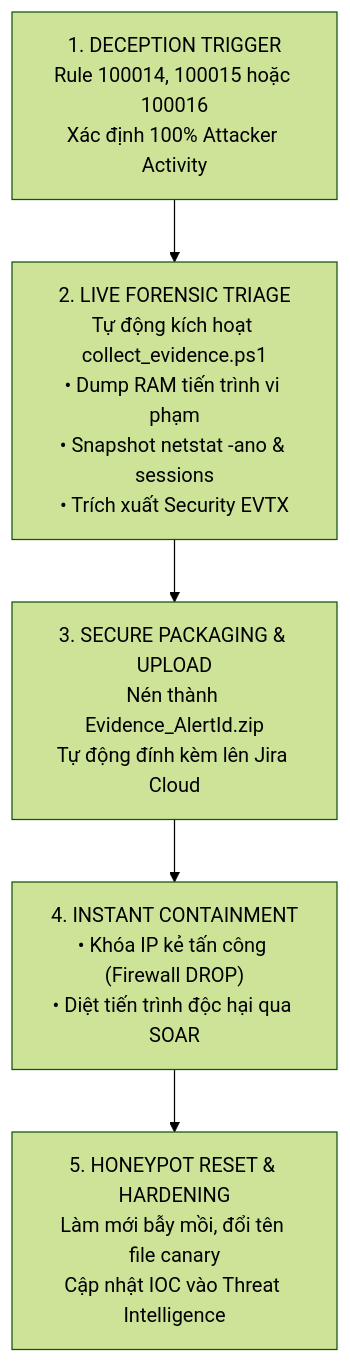
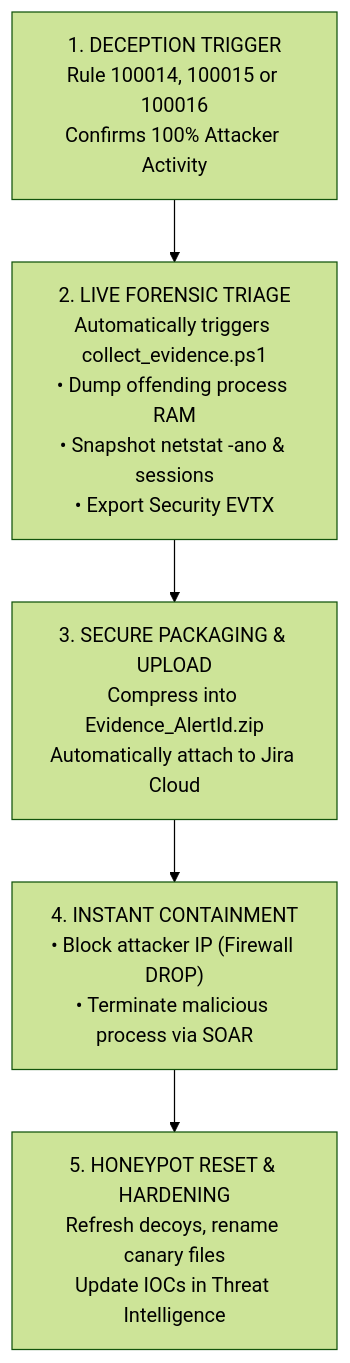
Before and after one commit to tofan0810/Wazuh-SOC-lab: the diagram in playbooks/SOP-06_Deception_Honeypot_and_Forensics.md, drawn with Mermaid (forest theme). The commit also changed other lines of this file and 55 other files, not shown here.

````diff
--- a/playbooks/SOP-06_Deception_Honeypot_and_Forensics.md
+++ b/playbooks/SOP-06_Deception_Honeypot_and_Forensics.md
@@ -34,7 +34,7 @@
 ```mermaid
 flowchart TD
-    D1["1. DECEPTION TRIGGER<br/>Rule 100014, 100015 hoặc 100016<br/>Xác định 100% Attacker Activity"] --> D2["2. LIVE FORENSIC TRIAGE<br/>Tự động kích hoạt collect_evidence.ps1<br/>• Dump RAM tiến trình vi phạm<br/>• Snapshot netstat -ano & sessions<br/>• Trích xuất Security EVTX"]
-    D2 --> D3["3. SECURE PACKAGING & UPLOAD<br/>Nén thành Evidence_AlertId.zip<br/>Tự động đính kèm lên Jira Cloud"]
-    D3 --> D4["4. INSTANT CONTAINMENT<br/>• Khóa IP kẻ tấn công (Firewall DROP)<br/>• Diệt tiến trình độc hại qua SOAR"]
-    D4 --> D5["5. HONEYPOT RESET & HARDENING<br/>Làm mới bẫy mồi, đổi tên file canary<br/>Cập nhật IOC vào Threat Intelligence"]
+    D1["1. DECEPTION TRIGGER<br/>Rule 100014, 100015 or 100016<br/>Confirms 100% Attacker Activity"] --> D2["2. LIVE FORENSIC TRIAGE<br/>Automatically triggers collect_evidence.ps1<br/>• Dump offending process RAM<br/>• Snapshot netstat -ano & sessions<br/>• Export Security EVTX"]
+    D2 --> D3["3. SECURE PACKAGING & UPLOAD<br/>Compress into Evidence_AlertId.zip<br/>Automatically attach to Jira Cloud"]
+    D3 --> D4["4. INSTANT CONTAINMENT<br/>• Block attacker IP (Firewall DROP)<br/>• Terminate malicious process via SOAR"]
+    D4 --> D5["5. HONEYPOT RESET & HARDENING<br/>Refresh decoys, rename canary files<br/>Update IOCs in Threat Intelligence"]
 ```
````
